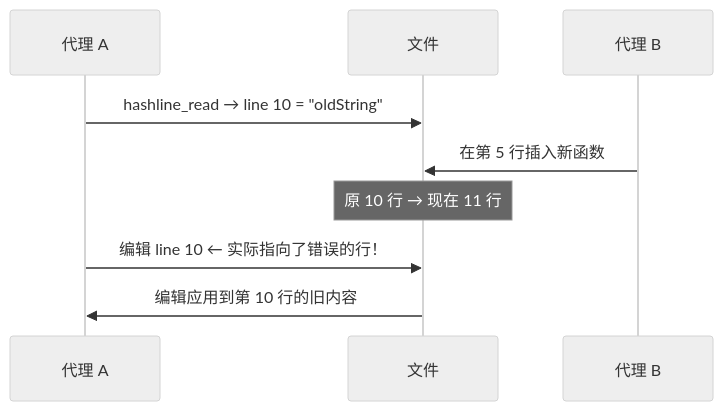
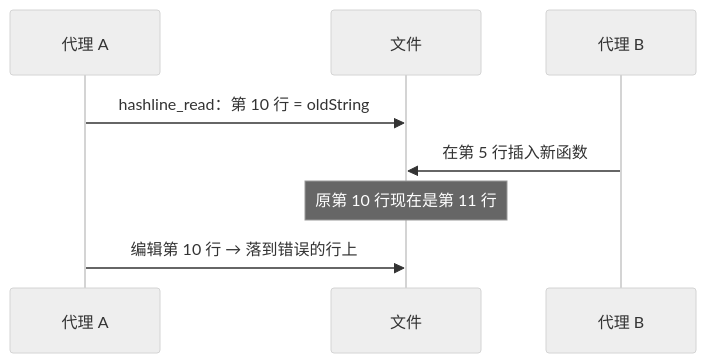
Before and after one commit to EricMoin/rolebox-docs: the first of 2 diagrams in docs/04-Advanced/hashline-editing.md, drawn with Mermaid (neutral theme). The commit also changed other lines of this file and 62 other files, not shown here.

````diff
--- a/docs/04-Advanced/hashline-editing.md
+++ b/docs/04-Advanced/hashline-editing.md
@@ -38,11 +18,10 @@
 ```mermaid
 sequenceDiagram
-    participant Agent as 代理 A
-    participant File as 文件
-    participant Agent2 as 代理 B
-    Agent->>File: hashline_read → line 10 = "oldString"
-    Agent2->>File: 在第 5 行插入新函数
-    Note over File: 原 10 行 → 现在 11 行
-    Agent->>File: 编辑 line 10 ← 实际指向了错误的行！
-    File->>Agent: 编辑应用到第 10 行的旧内容
+    participant A as 代理 A
+    participant F as 文件
+    participant B as 代理 B
+    A->>F: hashline_read：第 10 行 = oldString
+    B->>F: 在第 5 行插入新函数
+    Note over F: 原第 10 行现在是第 11 行
+    A->>F: 编辑第 10 行 → 落到错误的行上
 ```
````
